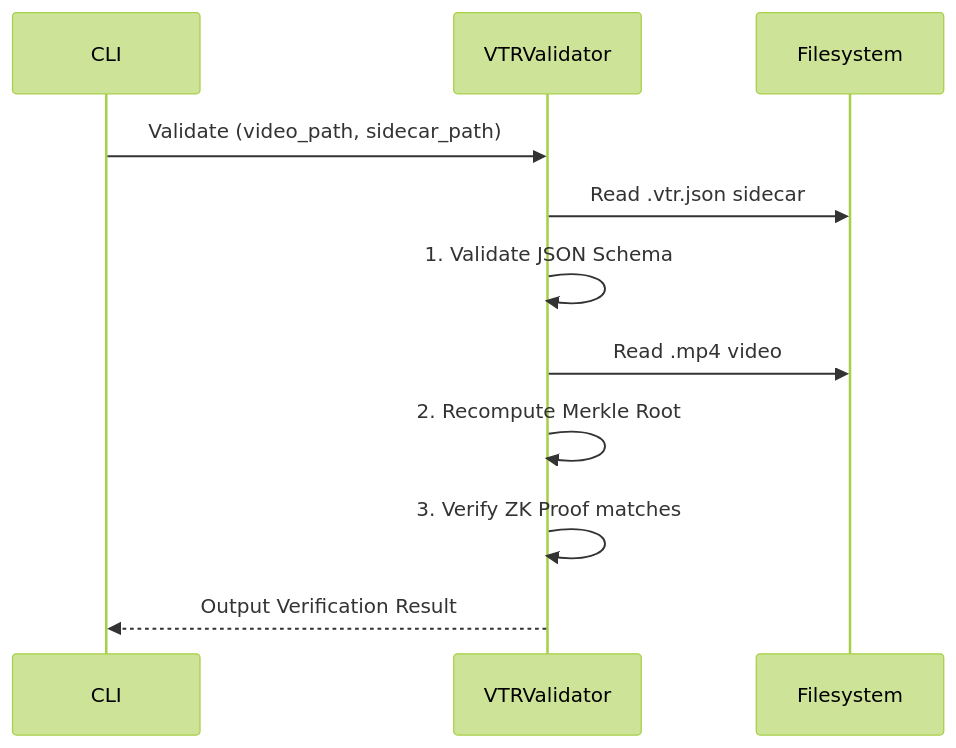
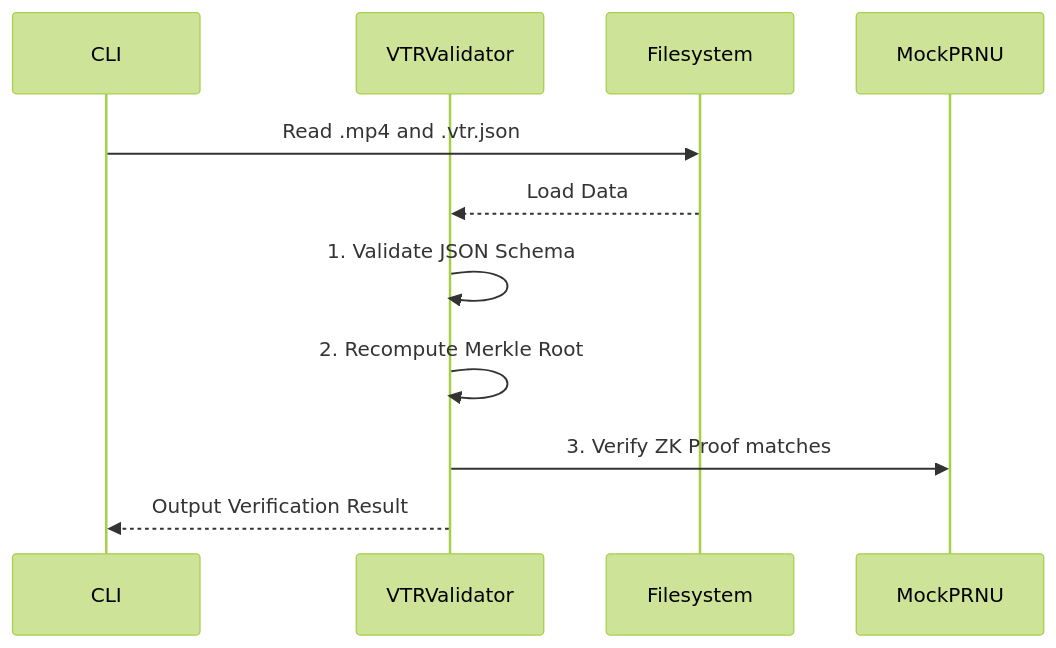
The fourth of 4 diagrams in README.md (MnemOnicE/vtr-standard), drawn with Mermaid (forest theme) before and after one commit. The commit also changed other lines of this file and 2 other files, not shown here.

Commit message:
📝 [docs] Add mermaid diagrams and mock GIFs to README
🎯 What: Added Mermaid diagrams mapping the System Architecture, Chain of Custody, Signing, and Verification processes. Generated simple mock terminal GIFs via Python script and placed them in `docs/assets/` to replace the placeholder links. Updated the Sequence and Chain of Custody diagrams based on PR feedback.
💡 Why: To increase the explanatory power of the documentation, help users visualize data flows, and ease the onboarding process.
✅ Verification: Rendered README.md markdown verified locally and through code review. Local tests (`pytest`) passed.
✨ Result: A much more visual and easy-to-understand README.md, fully implementing the requested PR feedback.

````diff
--- a/README.md
+++ b/README.md
@@ -142,14 +142,14 @@
 ```mermaid
 sequenceDiagram
     participant CLI
     participant VTRValidator
     participant Filesystem
 
-    CLI->>VTRValidator: Validate (video_path, sidecar_path)
-    VTRValidator->>Filesystem: Read .vtr.json sidecar
+    CLI->>Filesystem: Read .mp4 and .vtr.json
+    Filesystem-->>VTRValidator: Load Data
     VTRValidator->>VTRValidator: 1. Validate JSON Schema
-    VTRValidator->>Filesystem: Read .mp4 video
     VTRValidator->>VTRValidator: 2. Recompute Merkle Root
-    VTRValidator->>VTRValidator: 3. Verify ZK Proof matches
+    participant MockPRNU
+    VTRValidator->>MockPRNU: 3. Verify ZK Proof matches
     VTRValidator-->>CLI: Output Verification Result
 ```
````
